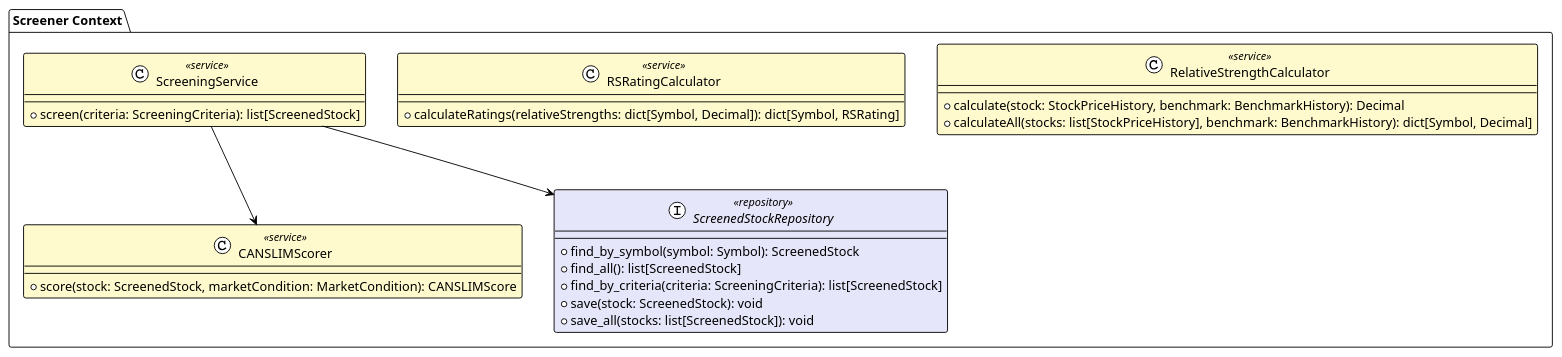
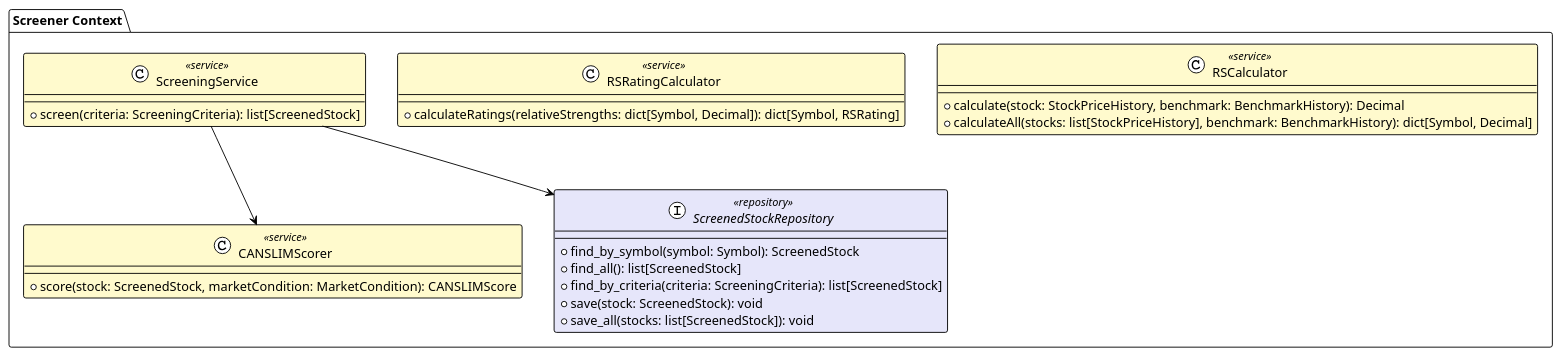
Before and after one commit to ryota197/ai-trade-pj: the first of 2 diagrams in docs/poc/domain/screener/domain-services.md, drawn with PlantUML. The commit also changed other lines of this file and 7 other files, not shown here.

````diff
--- a/docs/poc/domain/screener/domain-services.md
+++ b/docs/poc/domain/screener/domain-services.md
@@ -11,43 +11,43 @@
 ```plantuml
 @startuml Domain Services
 !theme plain
 
 skinparam class {
     BackgroundColor<<service>> #FFFACD
     BackgroundColor<<repository>> #E6E6FA
 }
 
 package "Screener Context" {
 
-    class "RelativeStrengthCalculator" <<service>> {
+    class "RSCalculator" <<service>> {
         + calculate(stock: StockPriceHistory, benchmark: BenchmarkHistory): Decimal
         + calculateAll(stocks: list[StockPriceHistory], benchmark: BenchmarkHistory): dict[Symbol, Decimal]
     }
 
     class "RSRatingCalculator" <<service>> {
         + calculateRatings(relativeStrengths: dict[Symbol, Decimal]): dict[Symbol, RSRating]
     }
 
     class "CANSLIMScorer" <<service>> {
         + score(stock: ScreenedStock, marketCondition: MarketCondition): CANSLIMScore
     }
 
     class "ScreeningService" <<service>> {
         + screen(criteria: ScreeningCriteria): list[ScreenedStock]
     }
 
     interface "ScreenedStockRepository" <<repository>> {
         + find_by_symbol(symbol: Symbol): ScreenedStock
         + find_all(): list[ScreenedStock]
         + find_by_criteria(criteria: ScreeningCriteria): list[ScreenedStock]
         + save(stock: ScreenedStock): void
         + save_all(stocks: list[ScreenedStock]): void
     }
 
     ScreeningService --> ScreenedStockRepository
     ScreeningService --> CANSLIMScorer
 
 }
 
 @enduml
 ```
````
